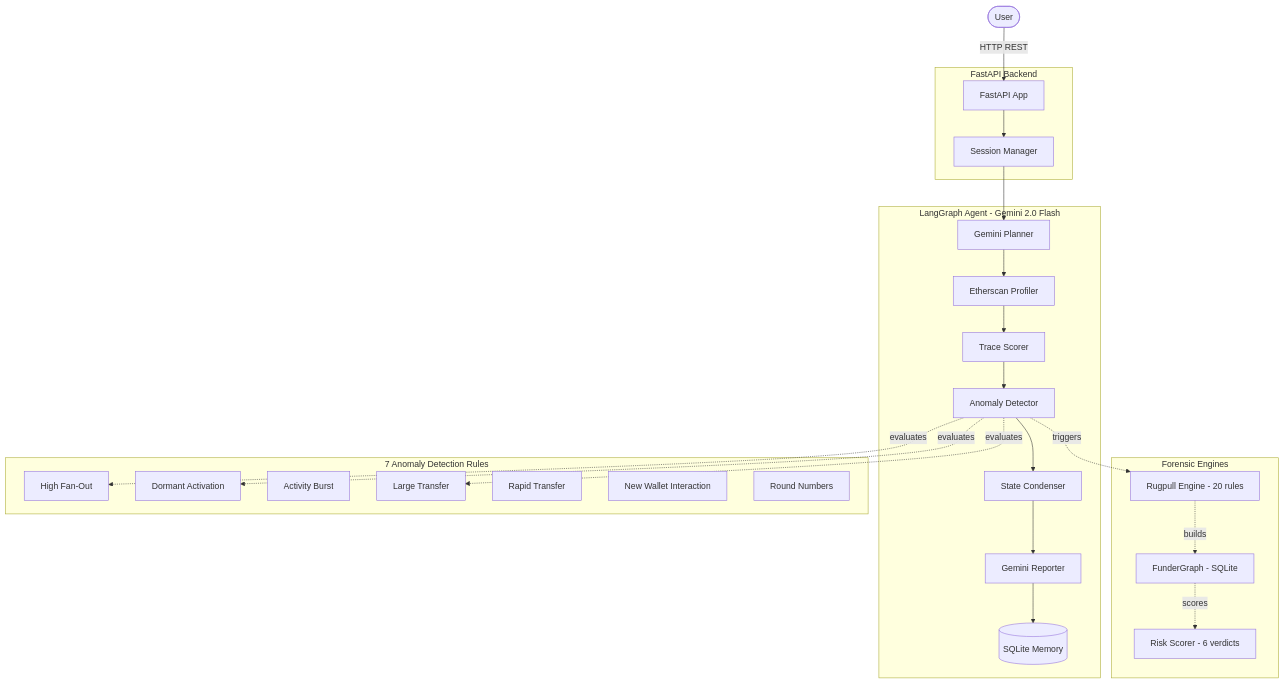
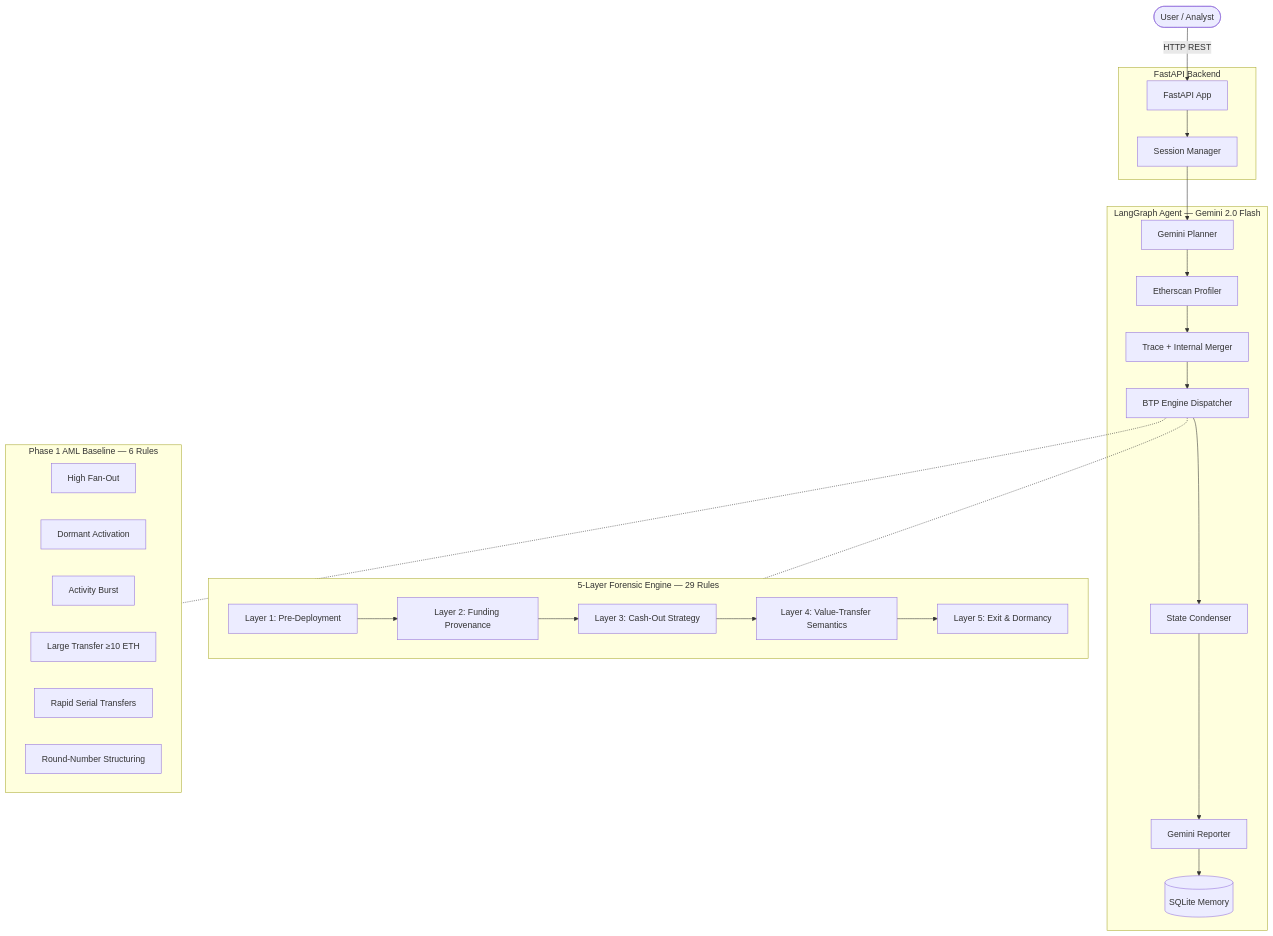
The diagram in README.md (dyno-dr/single-agent-blockchain-investigator), drawn with Mermaid before and after one commit. The commit also changed other lines of this file, not shown here.

First line of the commit message:
docs: overhaul README to reflect full 29-rule 5-layer system and final results

````diff
--- a/README.md
+++ b/README.md
@@ -100,41 +178,39 @@
 ```mermaid
 graph TD
-    User([User]) -->|HTTP REST| API
+    User([User / Analyst]) -->|HTTP REST| API
 
     subgraph FB [FastAPI Backend]
         API[FastAPI App] --> Agent
     end
 
-    subgraph LA [LangGraph Agent - Gemini 2.0 Flash]
+    subgraph LA [LangGraph Agent — Gemini 2.0 Flash]
         Agent[Session Manager] --> Planner[Gemini Planner]
         Planner --> Profiler[Etherscan Profiler]
-        Profiler --> TraceScorer[Trace Scorer]
-        TraceScorer --> Detector[Anomaly Detector]
+        Profiler --> TraceScorer[Trace + Internal Merger]
+        TraceScorer --> Detector[BTP Engine Dispatcher]
         Detector --> Condenser[State Condenser]
         Condenser --> Reporter[Gemini Reporter]
         Reporter --> DB[(SQLite Memory)]
     end
 
-    subgraph FE [Forensic Engines]
-        Rugpull[Rugpull Engine - 20 rules]
-        FGraph[FunderGraph - SQLite]
-        RiskScorer[Risk Scorer - 6 verdicts]
-        Rugpull -.->|builds| FGraph
-        FGraph -.->|scores| RiskScorer
+    subgraph FE [5-Layer Forensic Engine — 29 Rules]
+        L1[Layer 1: Pre-Deployment]
+        L2[Layer 2: Funding Provenance]
+        L3[Layer 3: Cash-Out Strategy]
+        L4[Layer 4: Value-Transfer Semantics]
+        L5[Layer 5: Exit & Dormancy]
+        L1 --> L2 --> L3 --> L4 --> L5
     end
 
-    subgraph AR [7 Anomaly Detection Rules]
+    subgraph AML [Phase 1 AML Baseline — 6 Rules]
         R1[High Fan-Out]
         R2[Dormant Activation]
         R3[Activity Burst]
-        R4[Large Transfer]
-        R5[Rapid Transfer]
-        R6[New Wallet Interaction]
-        R7[Round Numbers]
+        R4[Large Transfer ≥10 ETH]
+        R5[Rapid Serial Transfers]
+        R6[Round-Number Structuring]
     end
 
-    Detector -.->|triggers| Rugpull
-    Detector -.->|evaluates| R1
-    Detector -.->|evaluates| R2
-    Detector -.->|evaluates| R4
+    Detector -.- FE
+    Detector -.- AML
 ```
````
